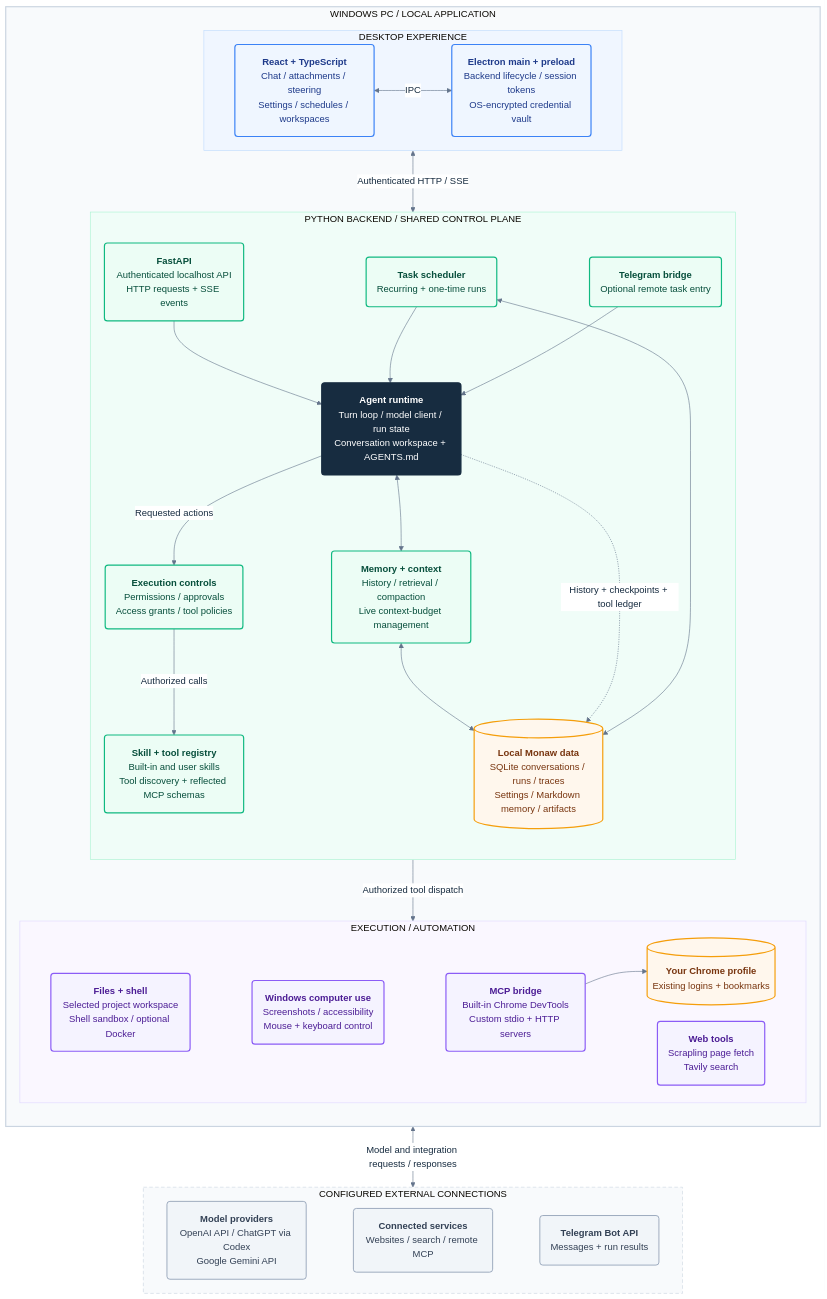
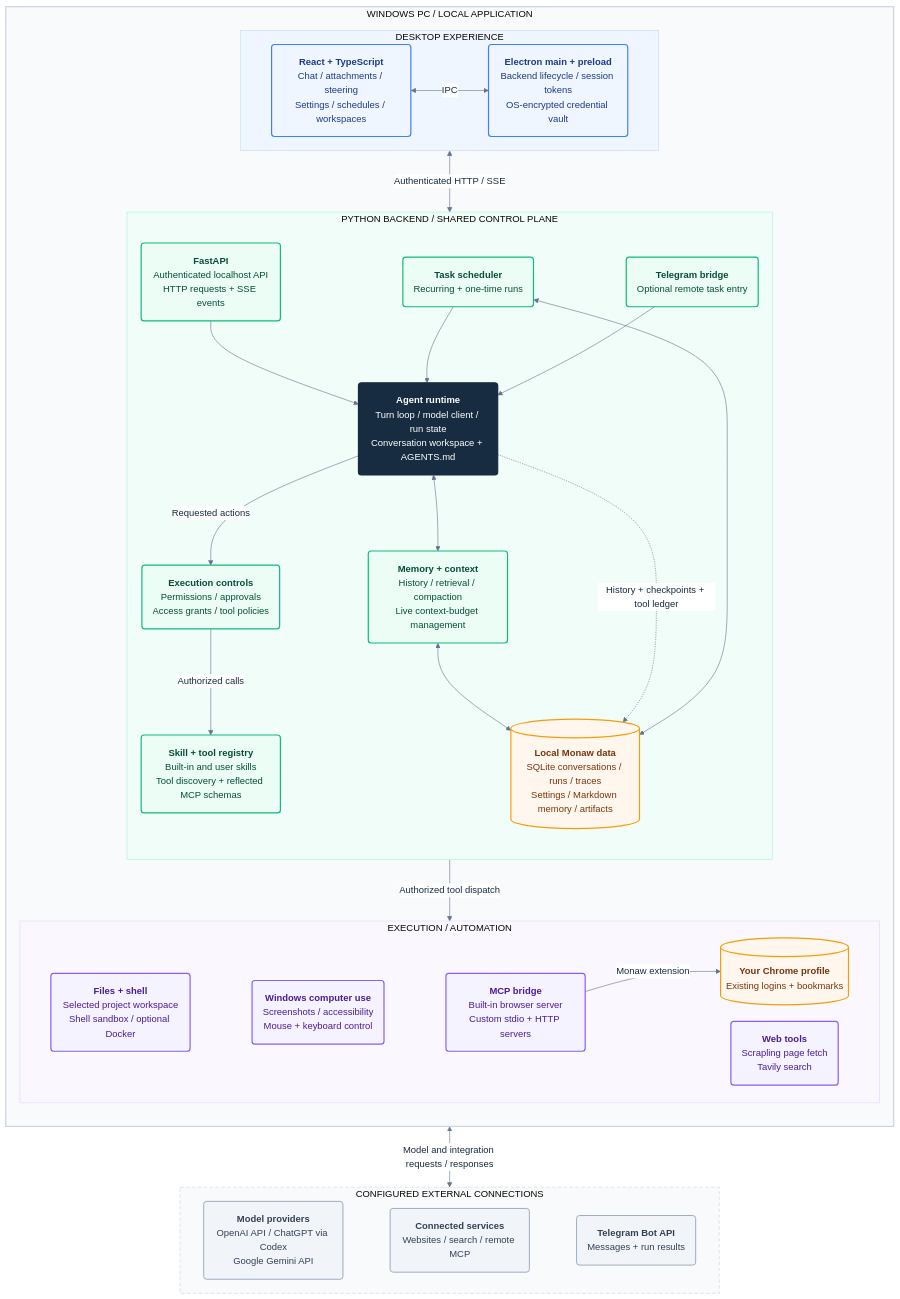
Before and after one commit to kailiang0120/monaw: the diagram in README.md, drawn with Mermaid. The commit also changed other lines of this file and 80 other files, not shown here.

First line of the commit message:
Drive Chrome through a Monaw extension and add an MCP credential vault

````diff
--- a/README.md
+++ b/README.md
@@ -94,80 +94,80 @@
 ```mermaid
 %%{init: {"theme": "base", "fontFamily": "Arial", "themeVariables": {"fontSize": "16px", "primaryTextColor": "#172c40", "lineColor": "#64748b", "edgeLabelBackground": "#ffffff", "clusterBkg": "#f8fafc", "clusterBorder": "#cbd5e1"}, "flowchart": {"curve": "basis", "nodeSpacing": 28, "rankSpacing": 55, "padding": 18}}}%%
 flowchart TB
   accTitle: Monaw system architecture
   accDescr: Electron manages a local FastAPI backend. The shared agent runtime uses context management, permission-controlled skills, MCP tools and local persistence. Configured model providers, web services and Telegram are external connections.
 
   subgraph PC["WINDOWS PC / LOCAL APPLICATION"]
     direction TB
     subgraph DESKTOP["DESKTOP EXPERIENCE"]
       direction LR
       UI("<b>React + TypeScript</b><br/>Chat / attachments / steering<br/>Settings / schedules / workspaces")
       MAIN("<b>Electron main + preload</b><br/>Backend lifecycle / session tokens<br/>OS-encrypted credential vault")
       UI <-->|IPC| MAIN
     end
 
     subgraph BACKEND["PYTHON BACKEND / SHARED CONTROL PLANE"]
       direction TB
       API("<b>FastAPI</b><br/>Authenticated localhost API<br/>HTTP requests + SSE events")
       RUN("<b>Agent runtime</b><br/>Turn loop / model client / run state<br/>Conversation workspace + AGENTS.md")
       CONTEXT("<b>Memory + context</b><br/>History / retrieval / compaction<br/>Live context-budget management")
       GATE("<b>Execution controls</b><br/>Permissions / approvals<br/>Access grants / tool policies")
       REGISTRY("<b>Skill + tool registry</b><br/>Built-in and user skills<br/>Tool discovery + reflected MCP schemas")
       JOBS("<b>Task scheduler</b><br/>Recurring + one-time runs")
       TG("<b>Telegram bridge</b><br/>Optional remote task entry")
       STORE[("<b>Local Monaw data</b><br/>SQLite conversations / runs / traces<br/>Settings / Markdown memory / artifacts")]
 
       API --> RUN
       JOBS --> RUN
       TG --> RUN
       RUN <--> CONTEXT
       RUN -->|Requested actions| GATE
       GATE -->|Authorized calls| REGISTRY
     end
 
     subgraph TOOLS["EXECUTION / AUTOMATION"]
       direction LR
       FILES("<b>Files + shell</b><br/>Selected project workspace<br/>Shell sandbox / optional Docker")
       APPS("<b>Windows computer use</b><br/>Screenshots / accessibility<br/>Mouse + keyboard control")
-      MCP("<b>MCP bridge</b><br/>Built-in Chrome DevTools<br/>Custom stdio + HTTP servers")
+      MCP("<b>MCP bridge</b><br/>Built-in browser server<br/>Custom stdio + HTTP servers")
       WEB("<b>Web tools</b><br/>Scrapling page fetch<br/>Tavily search")
       CHROME[("<b>Your Chrome profile</b><br/>Existing logins + bookmarks")]
-      MCP --> CHROME
+      MCP -->|Monaw extension| CHROME
     end
 
     DESKTOP <-->|Authenticated HTTP / SSE| BACKEND
     BACKEND -->|Authorized tool dispatch| TOOLS
     FILES ~~~ APPS ~~~ MCP ~~~ WEB
     CONTEXT <--> STORE
     RUN -.->|History + checkpoints + tool ledger| STORE
     JOBS <--> STORE
   end
 
   subgraph SERVICES["CONFIGURED EXTERNAL CONNECTIONS"]
     direction LR
     MODELS("<b>Model providers</b><br/>OpenAI API / ChatGPT via Codex<br/>Google Gemini API")
     REMOTE("<b>Connected services</b><br/>Websites / search / remote MCP")
     BOT("<b>Telegram Bot API</b><br/>Messages + run results")
   end
 
   PC <-->|Model and integration requests / responses| SERVICES
   MODELS ~~~ REMOTE ~~~ BOT
 
   classDef desktop fill:#eff6ff,stroke:#3b82f6,color:#1e3a8a,stroke-width:2px
   classDef agent fill:#172c40,stroke:#172c40,color:#ffffff,stroke-width:2px
   classDef runtime fill:#ecfdf5,stroke:#10b981,color:#064e3b,stroke-width:2px
   classDef tools fill:#f5f3ff,stroke:#8b5cf6,color:#4c1d95,stroke-width:2px
   classDef local fill:#fff7ed,stroke:#f59e0b,color:#78350f,stroke-width:2px
   classDef external fill:#f1f5f9,stroke:#94a3b8,color:#334155,stroke-width:1.5px
   class UI,MAIN desktop
   class RUN agent
   class API,CONTEXT,GATE,REGISTRY,JOBS,TG runtime
   class FILES,APPS,MCP,WEB tools
   class STORE,CHROME local
   class MODELS,REMOTE,BOT external
   style PC fill:#f8fafc,stroke:#cbd5e1,stroke-width:2px
   style DESKTOP fill:#f0f6ff,stroke:#bfdbfe
   style BACKEND fill:#f0fdf8,stroke:#a7f3d0
   style TOOLS fill:#faf7ff,stroke:#ddd6fe
   style SERVICES fill:#f8fafc,stroke:#cbd5e1,stroke-dasharray:6 4
 ```
````
